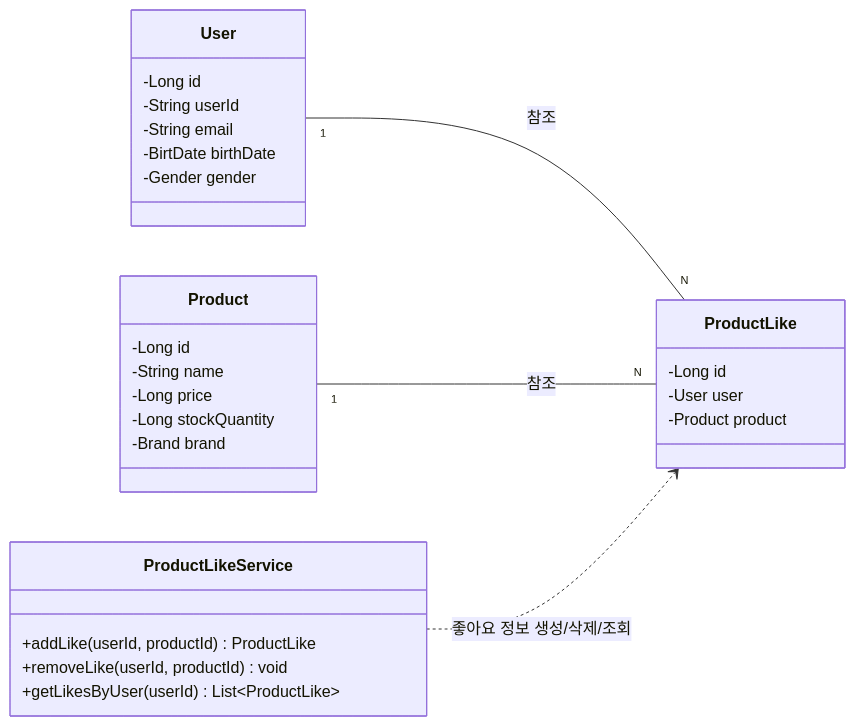
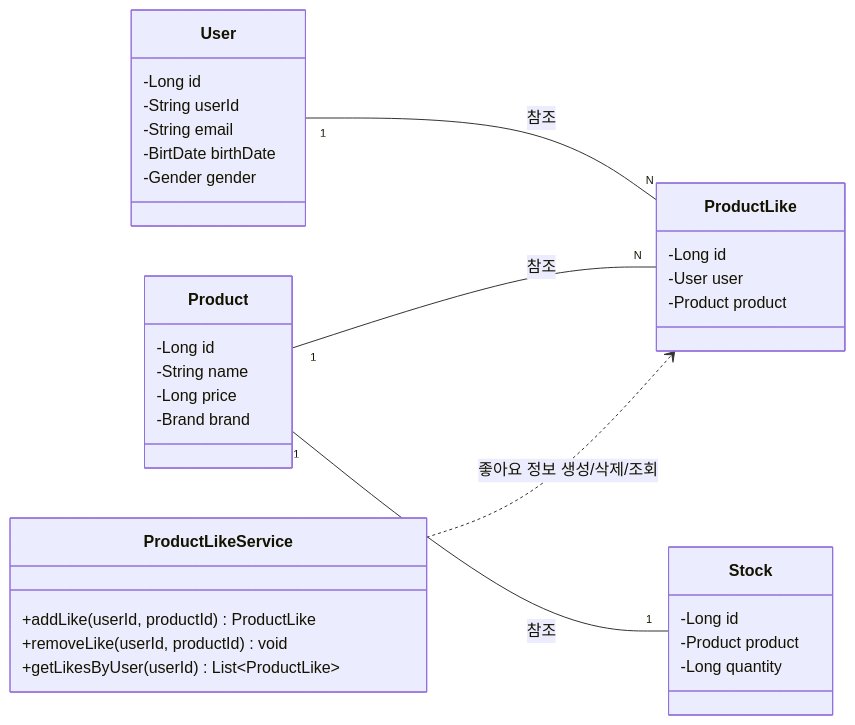
Before and after one commit to connieya/gamsung-commerce: the second of 3 diagrams in docs/design/03-class-diagrams.md, drawn with Mermaid. The commit also changed other lines of this file, not shown here.

Commit message:
docs : 클래스 다이어그램 수정

````diff
--- a/docs/design/03-class-diagrams.md
+++ b/docs/design/03-class-diagrams.md
@@ -49,38 +55,44 @@
 ```mermaid
 classDiagram
     direction LR
 
     class User {
         -Long id
         -String userId
         -String email
         -BirtDate birthDate
         -Gender gender
     }
 
     class Product {
         -Long id
         -String name
         -Long price
-        -Long stockQuantity
         -Brand brand
+    }
+
+    class Stock {
+        -Long id
+        -Product product
+        -Long quantity
     }
 
     class ProductLike {
         -Long id
         -User user
         -Product product
     }
 
     class ProductLikeService {
         +addLike(userId, productId) ProductLike 
         +removeLike(userId, productId) void 
         +getLikesByUser(userId) List~ProductLike~ 
     }
 
     User "1" -- "N" ProductLike : 참조
     Product "1" -- "N" ProductLike : 참조
+    Product "1" -- "1" Stock : 참조
 
  
     ProductLikeService ..> ProductLike : 좋아요 정보 생성/삭제/조회
 ```
````
